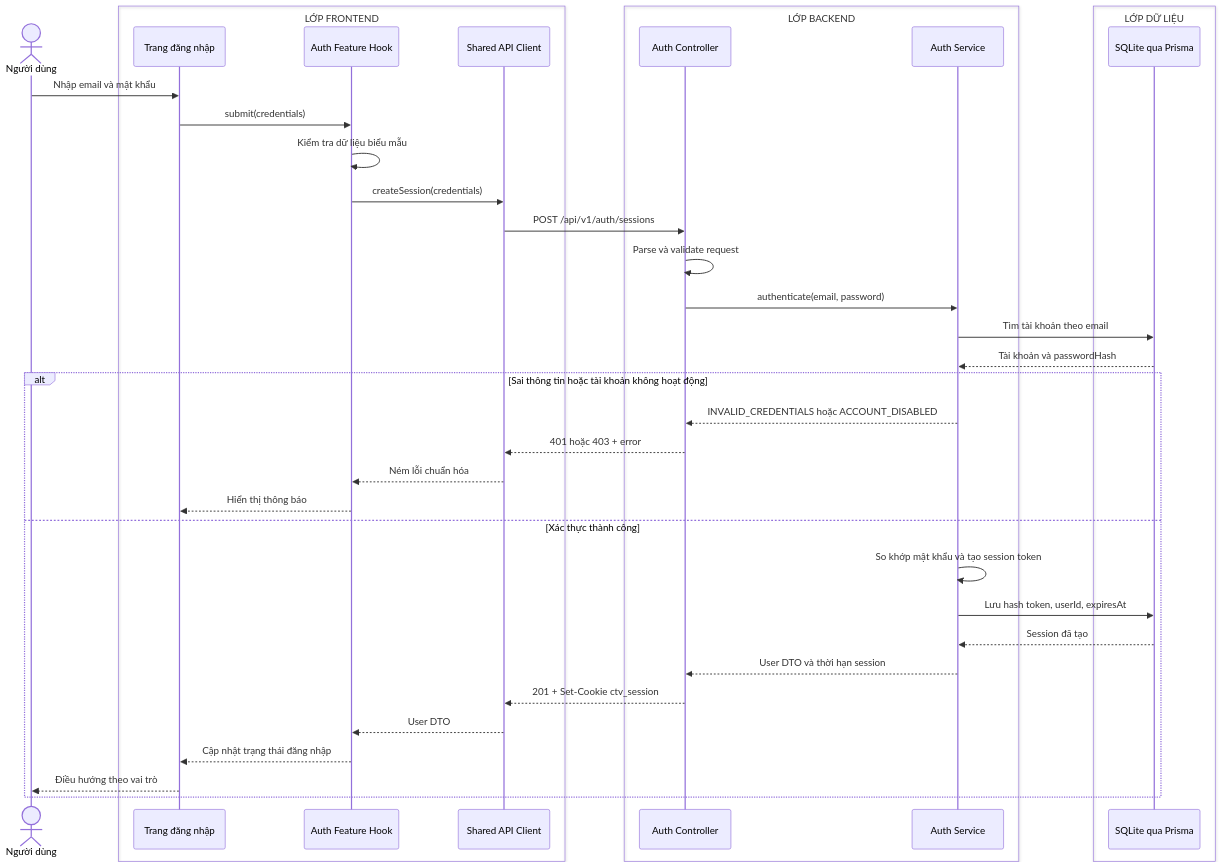
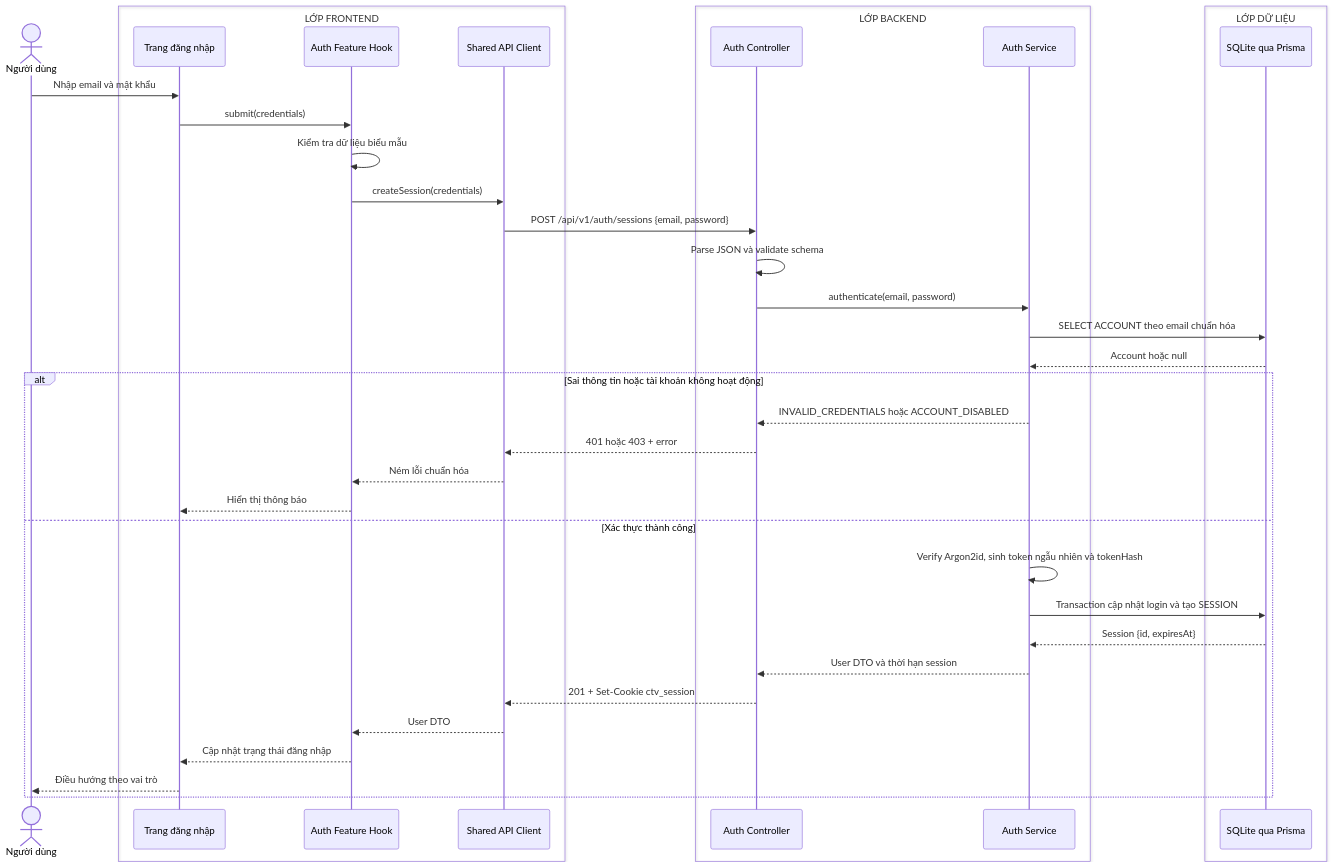
The diagram in docs/sequence-diagrams/01-dang-nhap.md (MINHDZVODICH/ctv-manage), drawn with Mermaid before and after one commit. The commit also changed other lines of this file and 227 other files, not shown here.

````diff
--- a/docs/sequence-diagrams/01-dang-nhap.md
+++ b/docs/sequence-diagrams/01-dang-nhap.md
@@ -5,42 +5,42 @@
 ```mermaid
 sequenceDiagram
     actor U as Người dùng
     box LỚP FRONTEND
         participant UI as Trang đăng nhập
         participant H as Auth Feature Hook
         participant API as Shared API Client
     end
     box LỚP BACKEND
         participant C as Auth Controller
         participant S as Auth Service
     end
     box LỚP DỮ LIỆU
         participant DB as SQLite qua Prisma
     end
 
     U->>UI: Nhập email và mật khẩu
     UI->>H: submit(credentials)
     H->>H: Kiểm tra dữ liệu biểu mẫu
     H->>API: createSession(credentials)
-    API->>C: POST /api/v1/auth/sessions
-    C->>C: Parse và validate request
+    API->>C: POST /api/v1/auth/sessions {email, password}
+    C->>C: Parse JSON và validate schema
     C->>S: authenticate(email, password)
-    S->>DB: Tìm tài khoản theo email
-    DB-->>S: Tài khoản và passwordHash
+    S->>DB: SELECT ACCOUNT theo email chuẩn hóa
+    DB-->>S: Account hoặc null
 
     alt Sai thông tin hoặc tài khoản không hoạt động
         S-->>C: INVALID_CREDENTIALS hoặc ACCOUNT_DISABLED
         C-->>API: 401 hoặc 403 + error
         API-->>H: Ném lỗi chuẩn hóa
         H-->>UI: Hiển thị thông báo
     else Xác thực thành công
-        S->>S: So khớp mật khẩu và tạo session token
-        S->>DB: Lưu hash token, userId, expiresAt
-        DB-->>S: Session đã tạo
+        S->>S: Verify Argon2id, sinh token ngẫu nhiên và tokenHash
+        S->>DB: Transaction cập nhật login và tạo SESSION
+        DB-->>S: Session {id, expiresAt}
         S-->>C: User DTO và thời hạn session
         C-->>API: 201 + Set-Cookie ctv_session
         API-->>H: User DTO
         H-->>UI: Cập nhật trạng thái đăng nhập
         UI-->>U: Điều hướng theo vai trò
     end
 ```
````
